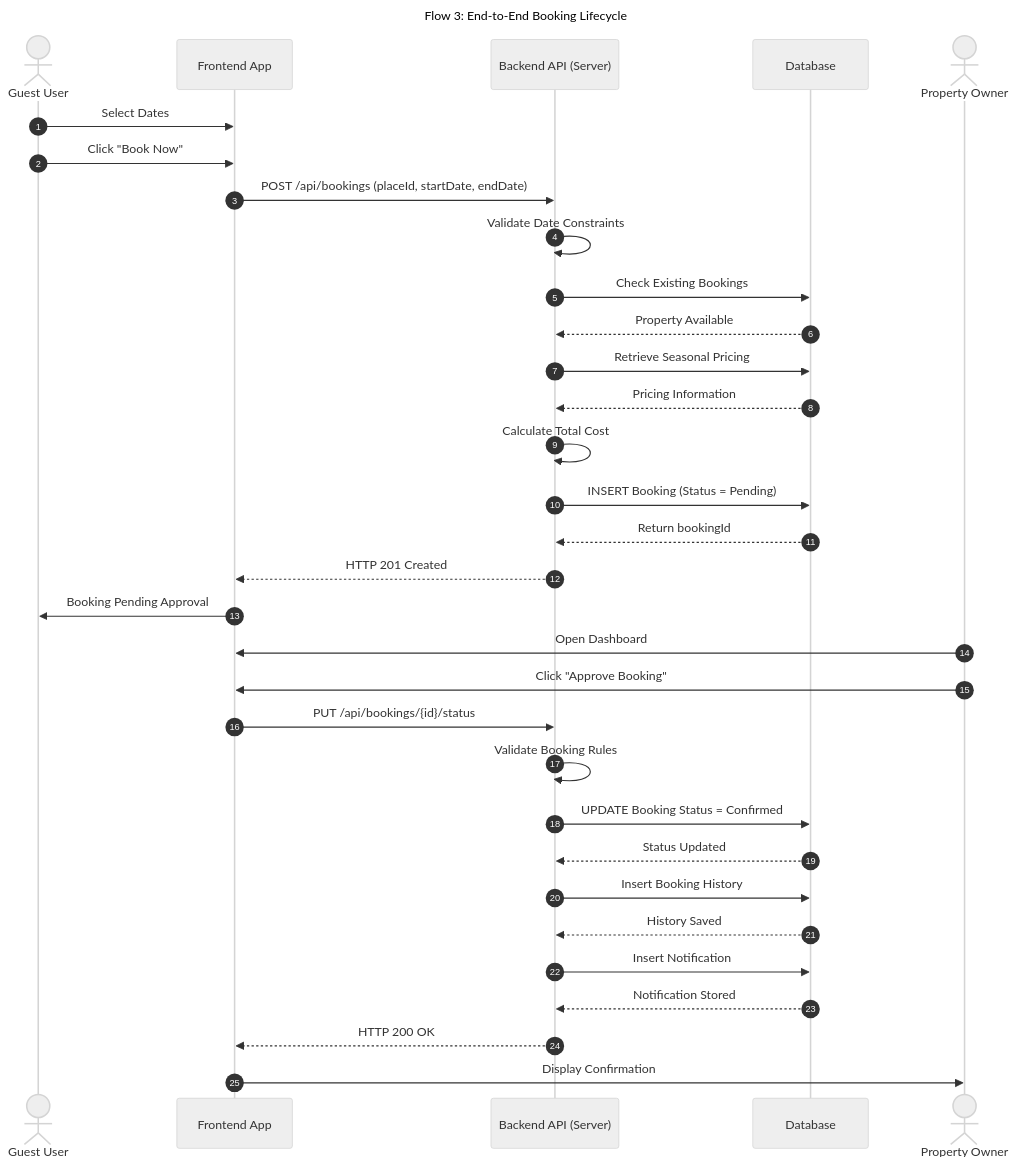
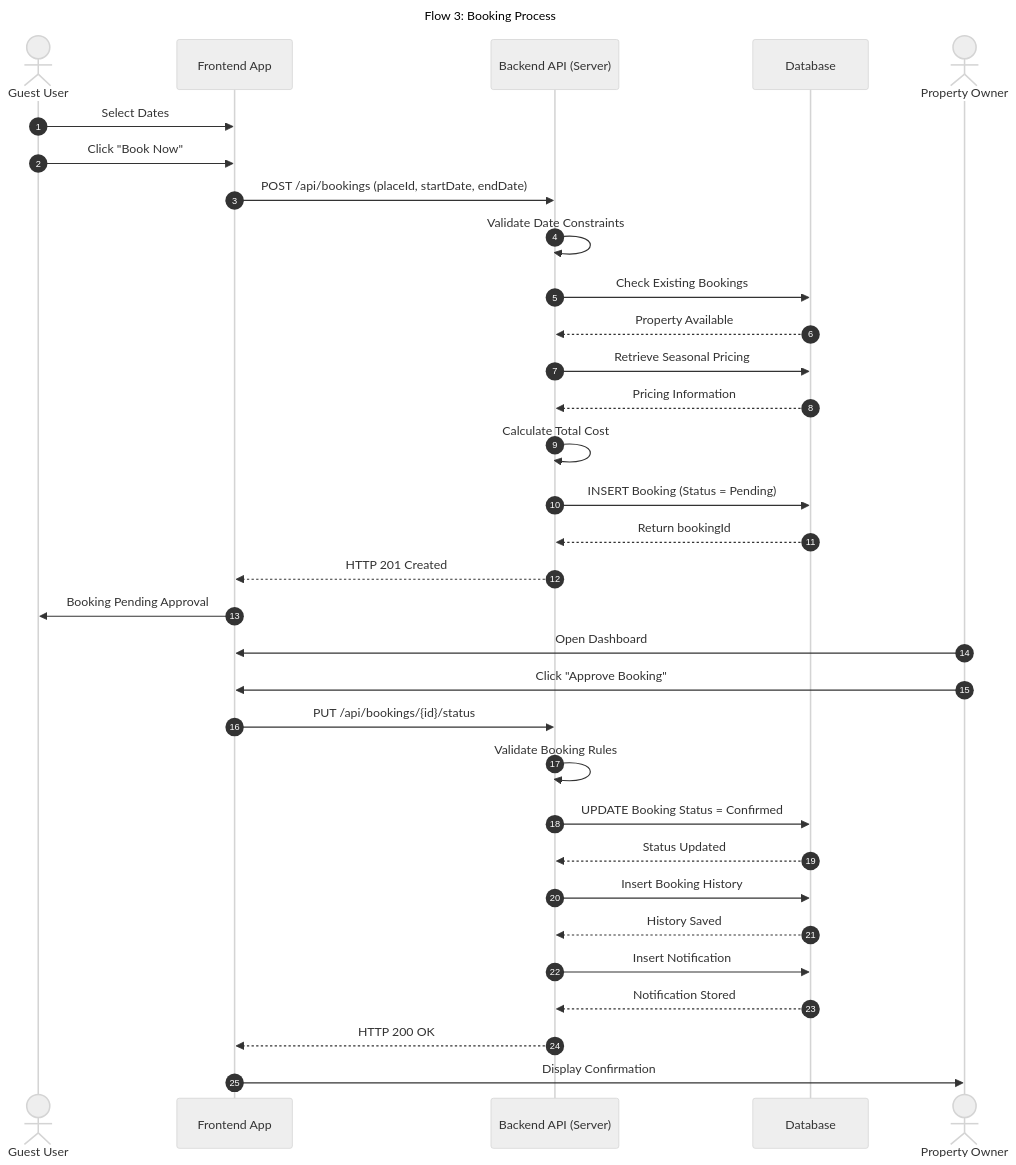
The third of 4 diagrams in part1/2.Sequence Diagrams for API Calls.md (ghadi0alzhrani0/holbertonschool-hbnb), drawn with Mermaid (neutral theme) before and after one commit. The commit also changed other lines of this file, not shown here.

First line of the commit message:
Revise sequence diagrams and descriptions for clarity

````diff
--- a/part1/2.Sequence Diagrams for API Calls.md
+++ b/part1/2.Sequence Diagrams for API Calls.md
@@ -94,54 +94,51 @@
 ```mermaid
 sequenceDiagram
     autonumber
-    title Flow 3: End-to-End Booking Lifecycle
+    title Flow 3: Booking Process
 
     actor Guest as Guest User
     participant FE as Frontend App
     participant BE as Backend API (Server)
     participant DB as Database
     actor Owner as Property Owner
 
-    %% Booking Request
     Guest->>FE: Select Dates
     Guest->>FE: Click "Book Now"
 
     FE->>BE: POST /api/bookings (placeId, startDate, endDate)
 
     BE->>BE: Validate Date Constraints
 
     BE->>DB: Check Existing Bookings
     DB-->>BE: Property Available
 
     BE->>DB: Retrieve Seasonal Pricing
     DB-->>BE: Pricing Information
 
     BE->>BE: Calculate Total Cost
 
     BE->>DB: INSERT Booking (Status = Pending)
     DB-->>BE: Return bookingId
 
     BE-->>FE: HTTP 201 Created
     FE->>Guest: Booking Pending Approval
 
-    %% Owner Approval
-
     Owner->>FE: Open Dashboard
     Owner->>FE: Click "Approve Booking"
 
     FE->>BE: PUT /api/bookings/{id}/status
 
     BE->>BE: Validate Booking Rules
 
     BE->>DB: UPDATE Booking Status = Confirmed
     DB-->>BE: Status Updated
 
     BE->>DB: Insert Booking History
     DB-->>BE: History Saved
 
     BE->>DB: Insert Notification
     DB-->>BE: Notification Stored
 
     BE-->>FE: HTTP 200 OK
     FE->>Owner: Display Confirmation
 ```
````
